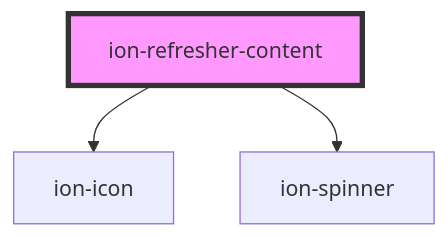
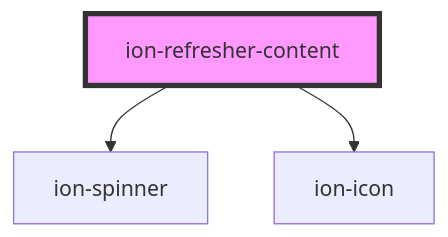
Before and after one commit to ionic-team/ionic-framework: the diagram in core/src/components/refresher-content/readme.md, drawn with Mermaid. The commit also changed other lines of this file and 9 other files, not shown here.

````diff
--- a/core/src/components/refresher-content/readme.md
+++ b/core/src/components/refresher-content/readme.md
@@ -28,6 +29,6 @@
 ```mermaid
 graph TD;
+  ion-refresher-content --> ion-spinner
   ion-refresher-content --> ion-icon
-  ion-refresher-content --> ion-spinner
   style ion-refresher-content fill:#f9f,stroke:#333,stroke-width:4px
 ```
````
